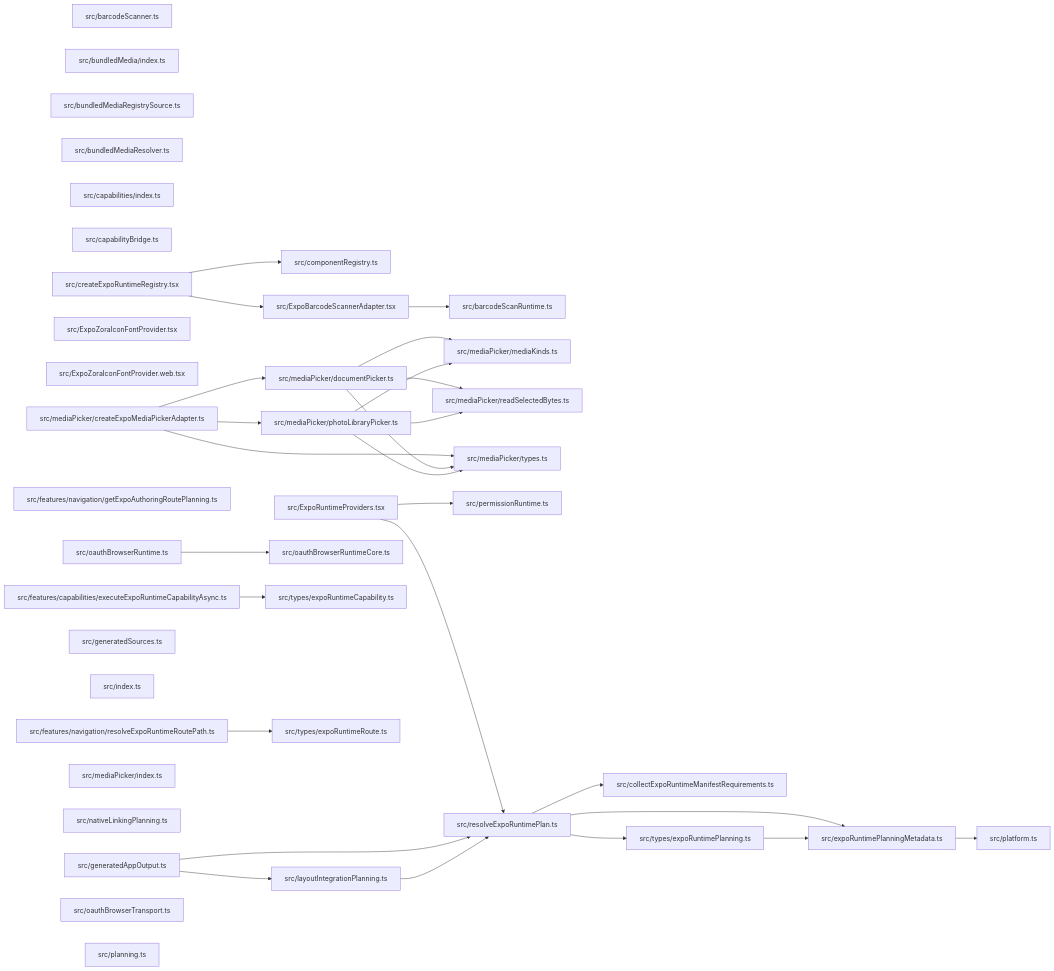
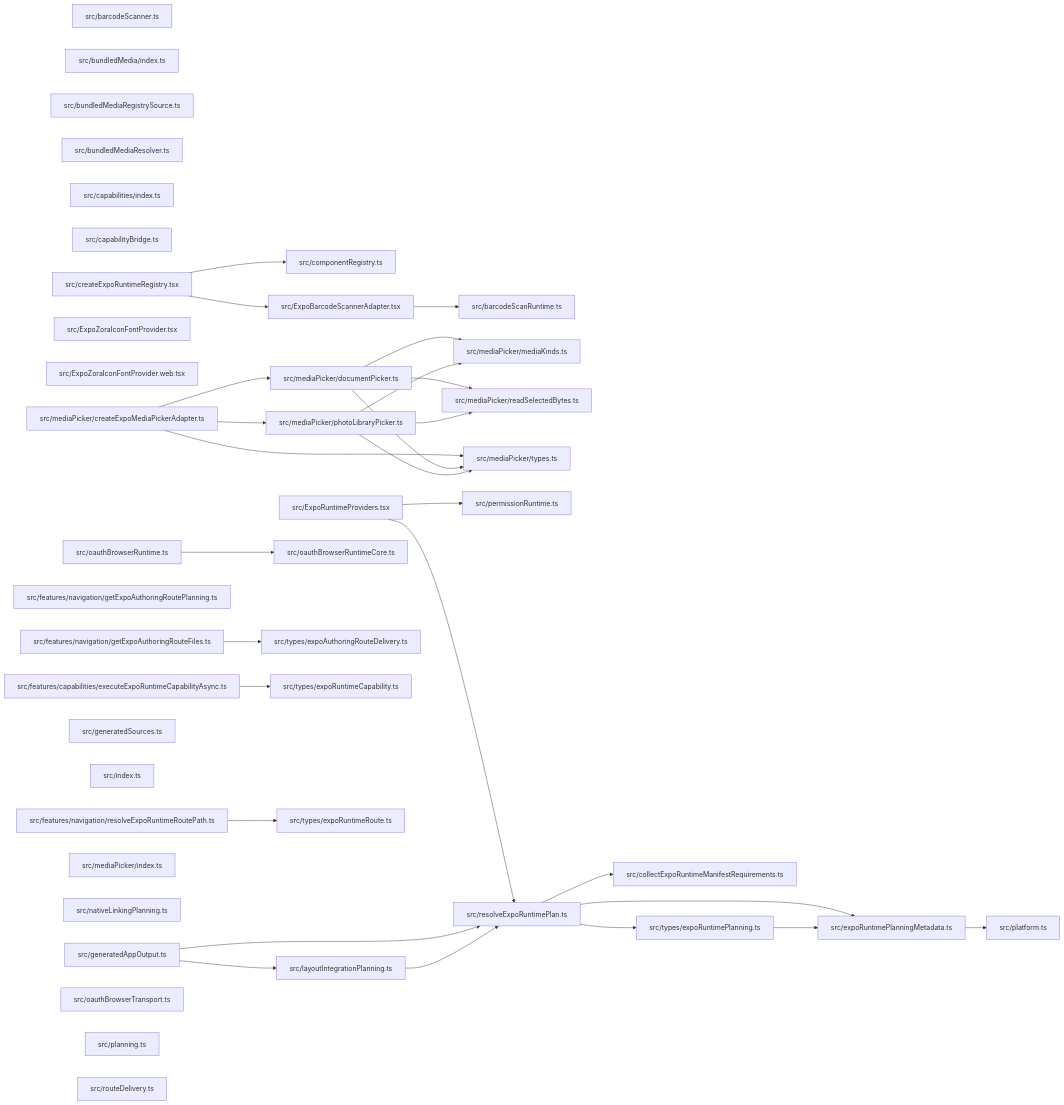
The diagram in paradox/diagrams/module-relationships.mmd (ankhorage/expo-runtime), drawn with Mermaid before and after one commit. The commit also changed 13 other files, not shown here.

```diff
--- a/paradox/diagrams/module-relationships.mmd
+++ b/paradox/diagrams/module-relationships.mmd
@@ -1,66 +1,70 @@
 graph LR
   module_src_barcodeScanner_ts["src/barcodeScanner.ts"]
   module_src_barcodeScanRuntime_ts["src/barcodeScanRuntime.ts"]
   module_src_bundledMedia_index_ts["src/bundledMedia/index.ts"]
   module_src_bundledMediaRegistrySource_ts["src/bundledMediaRegistrySource.ts"]
   module_src_bundledMediaResolver_ts["src/bundledMediaResolver.ts"]
   module_src_capabilities_index_ts["src/capabilities/index.ts"]
   module_src_capabilityBridge_ts["src/capabilityBridge.ts"]
   module_src_collectExpoRuntimeManifestRequirements_ts["src/collectExpoRuntimeManifestRequirements.ts"]
   module_src_componentRegistry_ts["src/componentRegistry.ts"]
   module_src_createExpoRuntimeRegistry_tsx["src/createExpoRuntimeRegistry.tsx"]
   module_src_ExpoBarcodeScannerAdapter_tsx["src/ExpoBarcodeScannerAdapter.tsx"]
   module_src_expoRuntimePlanningMetadata_ts["src/expoRuntimePlanningMetadata.ts"]
   module_src_ExpoRuntimeProviders_tsx["src/ExpoRuntimeProviders.tsx"]
   module_src_ExpoZoraIconFontProvider_tsx["src/ExpoZoraIconFontProvider.tsx"]
   module_src_ExpoZoraIconFontProvider_web_tsx["src/ExpoZoraIconFontProvider.web.tsx"]
   module_src_features_capabilities_executeExpoRuntimeCapabilityAsync_ts["src/features/capabilities/executeExpoRuntimeCapabilityAsync.ts"]
+  module_src_features_navigation_getExpoAuthoringRouteFiles_ts["src/features/navigation/getExpoAuthoringRouteFiles.ts"]
   module_src_features_navigation_getExpoAuthoringRoutePlanning_ts["src/features/navigation/getExpoAuthoringRoutePlanning.ts"]
   module_src_features_navigation_resolveExpoRuntimeRoutePath_ts["src/features/navigation/resolveExpoRuntimeRoutePath.ts"]
   module_src_generatedAppOutput_ts["src/generatedAppOutput.ts"]
   module_src_generatedSources_ts["src/generatedSources.ts"]
   module_src_index_ts["src/index.ts"]
   module_src_layoutIntegrationPlanning_ts["src/layoutIntegrationPlanning.ts"]
   module_src_mediaPicker_createExpoMediaPickerAdapter_ts["src/mediaPicker/createExpoMediaPickerAdapter.ts"]
   module_src_mediaPicker_documentPicker_ts["src/mediaPicker/documentPicker.ts"]
   module_src_mediaPicker_index_ts["src/mediaPicker/index.ts"]
   module_src_mediaPicker_mediaKinds_ts["src/mediaPicker/mediaKinds.ts"]
   module_src_mediaPicker_photoLibraryPicker_ts["src/mediaPicker/photoLibraryPicker.ts"]
   module_src_mediaPicker_readSelectedBytes_ts["src/mediaPicker/readSelectedBytes.ts"]
   module_src_mediaPicker_types_ts["src/mediaPicker/types.ts"]
   module_src_nativeLinkingPlanning_ts["src/nativeLinkingPlanning.ts"]
   module_src_oauthBrowserRuntime_ts["src/oauthBrowserRuntime.ts"]
   module_src_oauthBrowserRuntimeCore_ts["src/oauthBrowserRuntimeCore.ts"]
   module_src_oauthBrowserTransport_ts["src/oauthBrowserTransport.ts"]
   module_src_permissionRuntime_ts["src/permissionRuntime.ts"]
   module_src_planning_ts["src/planning.ts"]
   module_src_platform_ts["src/platform.ts"]
   module_src_resolveExpoRuntimePlan_ts["src/resolveExpoRuntimePlan.ts"]
+  module_src_routeDelivery_ts["src/routeDelivery.ts"]
+  module_src_types_expoAuthoringRouteDelivery_ts["src/types/expoAuthoringRouteDelivery.ts"]
   module_src_types_expoRuntimeCapability_ts["src/types/expoRuntimeCapability.ts"]
   module_src_types_expoRuntimePlanning_ts["src/types/expoRuntimePlanning.ts"]
   module_src_types_expoRuntimeRoute_ts["src/types/expoRuntimeRoute.ts"]
   module_src_createExpoRuntimeRegistry_tsx --> module_src_componentRegistry_ts
   module_src_createExpoRuntimeRegistry_tsx --> module_src_ExpoBarcodeScannerAdapter_tsx
   module_src_ExpoBarcodeScannerAdapter_tsx --> module_src_barcodeScanRuntime_ts
   module_src_expoRuntimePlanningMetadata_ts --> module_src_platform_ts
   module_src_ExpoRuntimeProviders_tsx --> module_src_permissionRuntime_ts
   module_src_ExpoRuntimeProviders_tsx --> module_src_resolveExpoRuntimePlan_ts
   module_src_features_capabilities_executeExpoRuntimeCapabilityAsync_ts --> module_src_types_expoRuntimeCapability_ts
+  module_src_features_navigation_getExpoAuthoringRouteFiles_ts --> module_src_types_expoAuthoringRouteDelivery_ts
   module_src_features_navigation_resolveExpoRuntimeRoutePath_ts --> module_src_types_expoRuntimeRoute_ts
   module_src_generatedAppOutput_ts --> module_src_layoutIntegrationPlanning_ts
   module_src_generatedAppOutput_ts --> module_src_resolveExpoRuntimePlan_ts
   module_src_layoutIntegrationPlanning_ts --> module_src_resolveExpoRuntimePlan_ts
   module_src_mediaPicker_createExpoMediaPickerAdapter_ts --> module_src_mediaPicker_documentPicker_ts
   module_src_mediaPicker_createExpoMediaPickerAdapter_ts --> module_src_mediaPicker_photoLibraryPicker_ts
   module_src_mediaPicker_createExpoMediaPickerAdapter_ts --> module_src_mediaPicker_types_ts
   module_src_mediaPicker_documentPicker_ts --> module_src_mediaPicker_mediaKinds_ts
   module_src_mediaPicker_documentPicker_ts --> module_src_mediaPicker_readSelectedBytes_ts
   module_src_mediaPicker_documentPicker_ts --> module_src_mediaPicker_types_ts
   module_src_mediaPicker_photoLibraryPicker_ts --> module_src_mediaPicker_mediaKinds_ts
   module_src_mediaPicker_photoLibraryPicker_ts --> module_src_mediaPicker_readSelectedBytes_ts
   module_src_mediaPicker_photoLibraryPicker_ts --> module_src_mediaPicker_types_ts
   module_src_oauthBrowserRuntime_ts --> module_src_oauthBrowserRuntimeCore_ts
   module_src_resolveExpoRuntimePlan_ts --> module_src_collectExpoRuntimeManifestRequirements_ts
   module_src_resolveExpoRuntimePlan_ts --> module_src_expoRuntimePlanningMetadata_ts
   module_src_resolveExpoRuntimePlan_ts --> module_src_types_expoRuntimePlanning_ts
   module_src_types_expoRuntimePlanning_ts --> module_src_expoRuntimePlanningMetadata_ts
```
